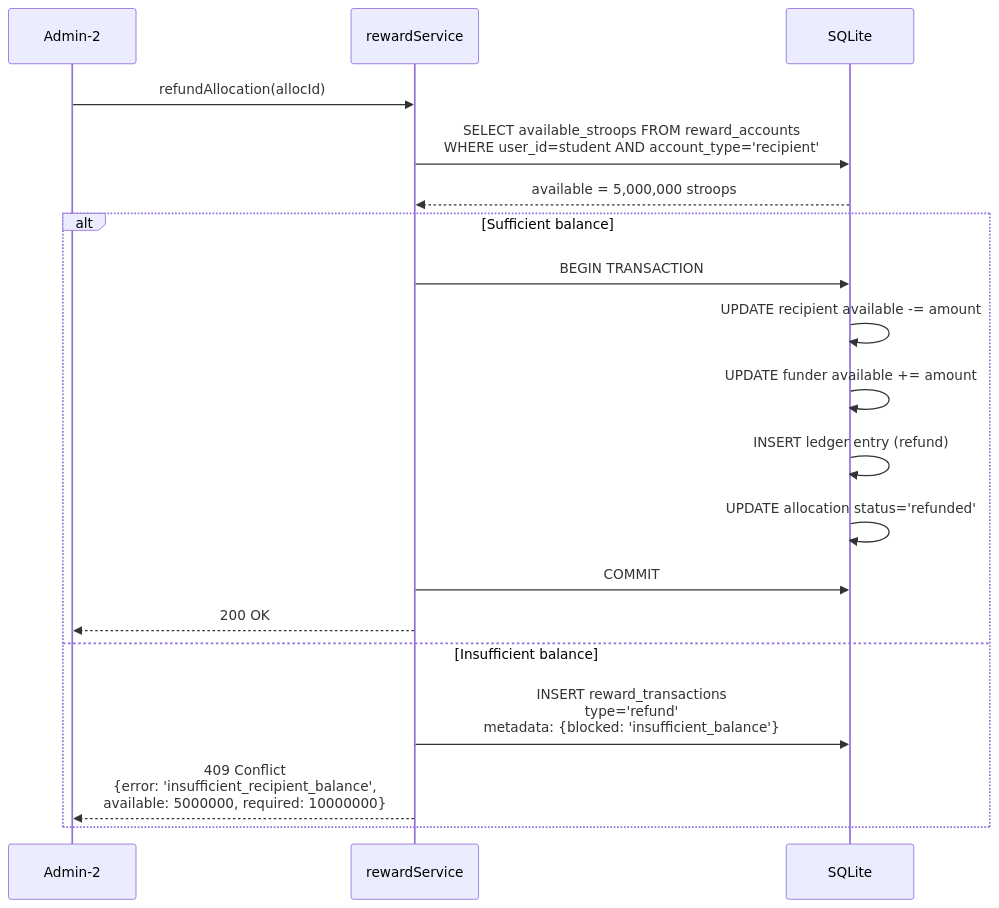
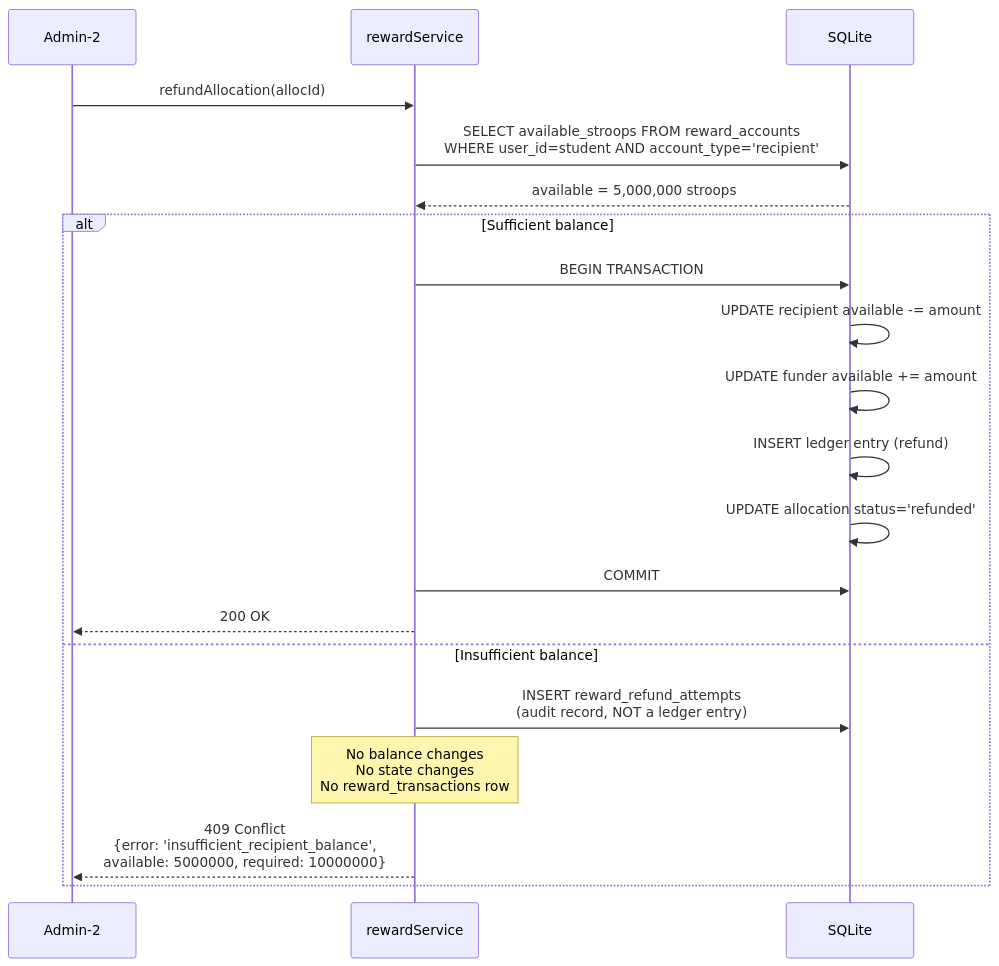
One commit to SM-Web-Systems/lms-crypto-production changed the fourth of 5 diagrams in docs/superpowers/diagrams/reward-funds-flow.md. Above: the diagram before and after it, drawn with Mermaid. The commit also changed 5 other files, not shown here.

````diff
--- a/docs/superpowers/diagrams/reward-funds-flow.md
+++ b/docs/superpowers/diagrams/reward-funds-flow.md
@@ -112,23 +112,24 @@
 ```mermaid
 sequenceDiagram
     participant A as Admin-2
     participant RS as rewardService
     participant DB as SQLite
 
     A->>RS: refundAllocation(allocId)
     RS->>DB: SELECT available_stroops FROM reward_accounts<br/>WHERE user_id=student AND account_type='recipient'
     DB-->>RS: available = 5,000,000 stroops
 
     alt Sufficient balance
         RS->>DB: BEGIN TRANSACTION
         DB->>DB: UPDATE recipient available -= amount
         DB->>DB: UPDATE funder available += amount
         DB->>DB: INSERT ledger entry (refund)
         DB->>DB: UPDATE allocation status='refunded'
         RS->>DB: COMMIT
         RS-->>A: 200 OK
     else Insufficient balance
-        RS->>DB: INSERT reward_transactions<br/>type='refund'<br/>metadata: {blocked: 'insufficient_balance'}
+        RS->>DB: INSERT reward_refund_attempts<br/>(audit record, NOT a ledger entry)
+        Note over RS: No balance changes<br/>No state changes<br/>No reward_transactions row
         RS-->>A: 409 Conflict<br/>{error: 'insufficient_recipient_balance',<br/>available: 5000000, required: 10000000}
     end
 ```
````
